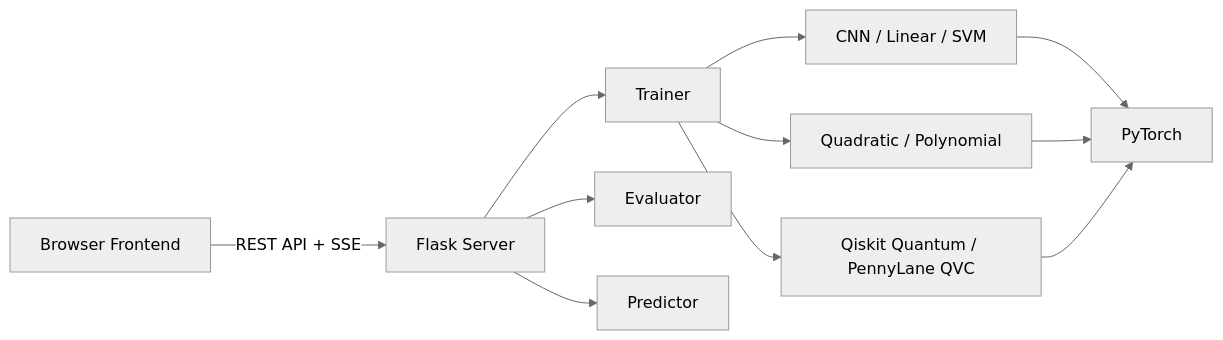
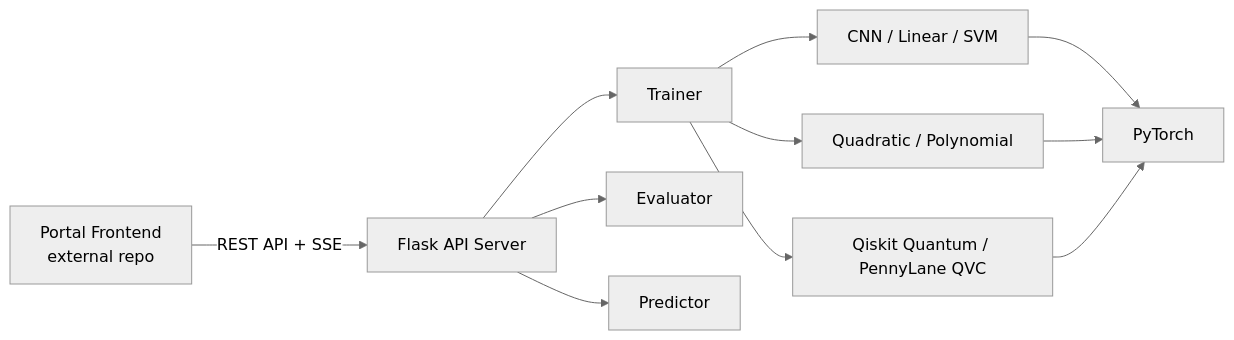
Before and after one commit to andypeterson2/quantum-machine-learning: the diagram in README.md, drawn with Mermaid (neutral theme). The commit also changed other lines of this file and 2 other files, not shown here.

````diff
--- a/README.md
+++ b/README.md
@@ -17,13 +15,13 @@
 ```mermaid
 graph LR
-    A[Browser Frontend] -->|REST API + SSE| B[Flask Server]
+    A[Portal Frontend<br/>external repo] -->|REST API + SSE| B[Flask API Server]
     B --> C[Trainer]
     B --> D[Evaluator]
     B --> E[Predictor]
     C --> F[CNN / Linear / SVM]
     C --> G[Quadratic / Polynomial]
     C --> H[Qiskit Quantum / PennyLane QVC]
     F --> I[PyTorch]
     G --> I
     H --> I
 ```
````
